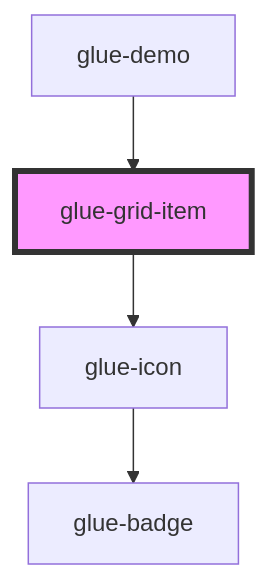
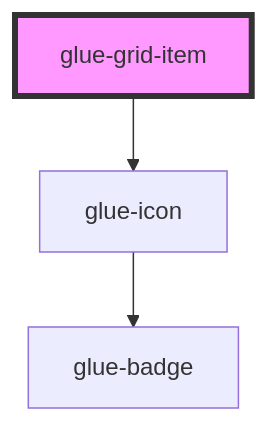
Before and after one commit to grasilife/glue: the diagram in packages/glue-components/src/components/glue-grid-item/readme.md, drawn with Mermaid. The commit also changed other lines of this file and 8 other files, not shown here.

````diff
--- a/packages/glue-components/src/components/glue-grid-item/readme.md
+++ b/packages/glue-components/src/components/glue-grid-item/readme.md
@@ -32,7 +28,6 @@
 ```mermaid
 graph TD;
   glue-grid-item --> glue-icon
   glue-icon --> glue-badge
-  glue-demo --> glue-grid-item
   style glue-grid-item fill:#f9f,stroke:#333,stroke-width:4px
 ```
````
